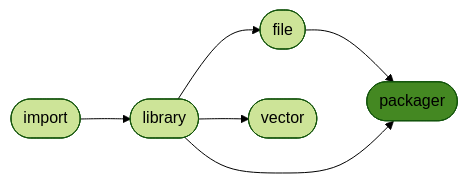
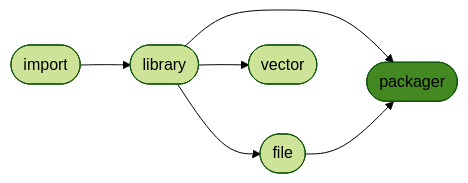
Before and after one commit to ManderaGeneral/generalpackager: the diagram in README.md, drawn with Mermaid (forest theme). The commit also changed other lines of this file, not shown here.

````diff
--- a/README.md
+++ b/README.md
@@ -16,14 +16,14 @@
 ```mermaid
 flowchart LR
+1([library]) --> 4([packager])
 1([library]) --> 2([file])
 2([file]) --> 4([packager])
+0([import]) --> 1([library])
 1([library]) --> 3([vector])
-0([import]) --> 1([library])
-1([library]) --> 4([packager])
 click 0 "https://github.com/ManderaGeneral/generalimport"
 click 1 "https://github.com/ManderaGeneral/generallibrary"
 click 2 "https://github.com/ManderaGeneral/generalfile"
 click 3 "https://github.com/ManderaGeneral/generalvector"
 click 4 "https://github.com/ManderaGeneral/generalpackager"
 style 4 fill:#482
 ```
````
